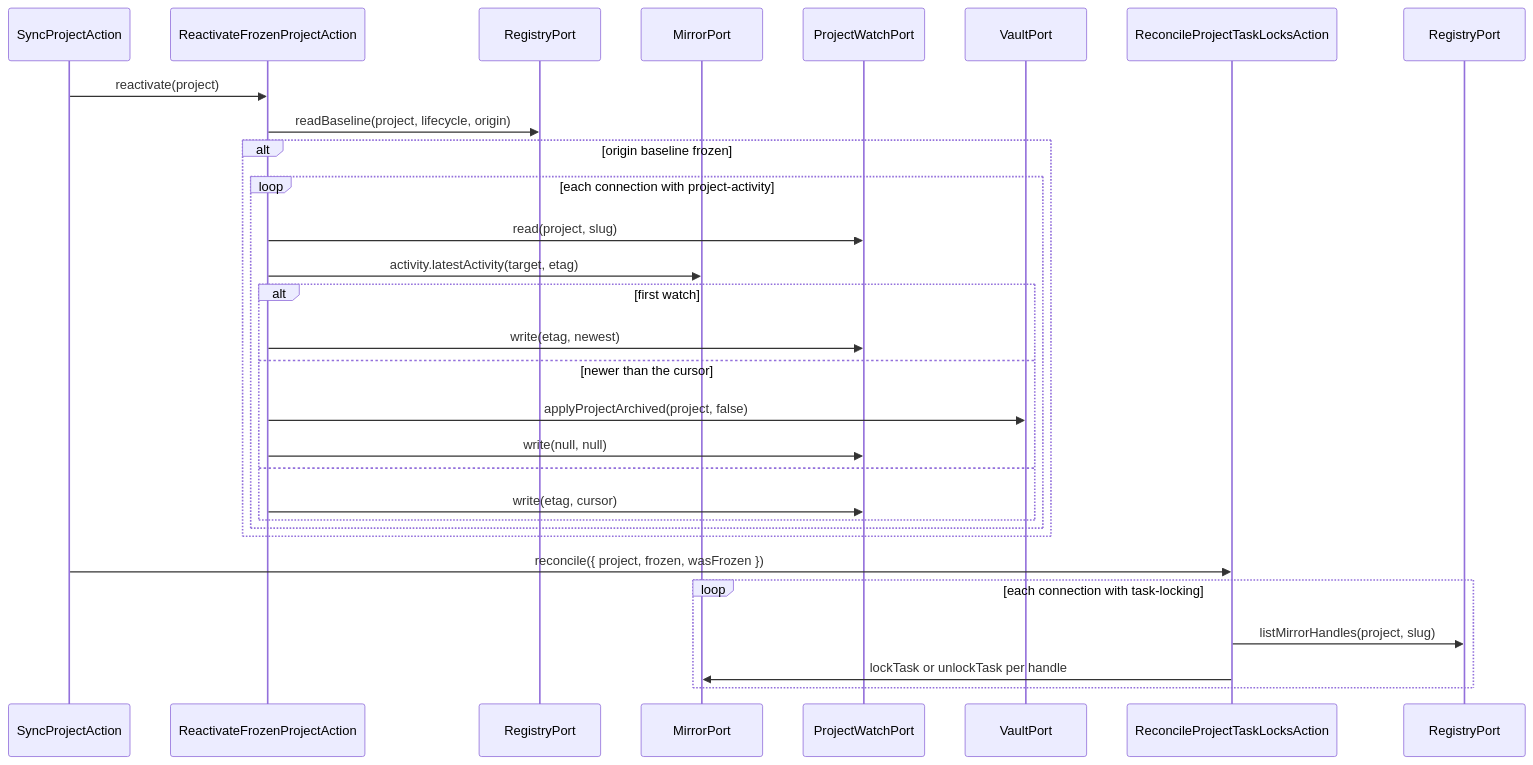
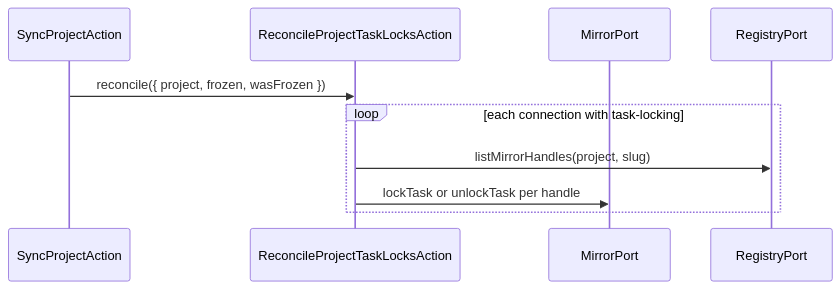
The ninth of 17 diagrams in docs/developer-manual.md (99linesofcode/obsidian-project-management), drawn with Mermaid before and after one commit. The commit also changed other lines of this file and 16 other files, not shown here.

First line of the commit message:
refactor(reactivation): retire the activity-watch reactivation

````diff
--- a/docs/developer-manual.md
+++ b/docs/developer-manual.md
@@ -503,33 +493,13 @@
 ```mermaid
 sequenceDiagram
   participant SP as SyncProjectAction
-  participant React as ReactivateFrozenProjectAction
-  participant B as RegistryPort
+  participant Lock as ReconcileProjectTaskLocksAction
   participant R as MirrorPort
-  participant W as ProjectWatchPort
-  participant O as VaultPort
-  participant Lock as ReconcileProjectTaskLocksAction
   participant H as RegistryPort
 
-  SP->>React: reactivate(project)
-  React->>B: readBaseline(project, lifecycle, origin)
-  alt origin baseline frozen
-    loop each connection with project-activity
-      React->>W: read(project, slug)
-      React->>R: activity.latestActivity(target, etag)
-      alt first watch
-        React->>W: write(etag, newest)
-      else newer than the cursor
-        React->>O: applyProjectArchived(project, false)
-        React->>W: write(null, null)
-      else
-        React->>W: write(etag, cursor)
-      end
-    end
-  end
   SP->>Lock: reconcile({ project, frozen, wasFrozen })
   loop each connection with task-locking
     Lock->>H: listMirrorHandles(project, slug)
     Lock->>R: lockTask or unlockTask per handle
   end
 ```
````
